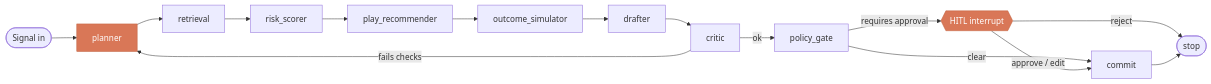
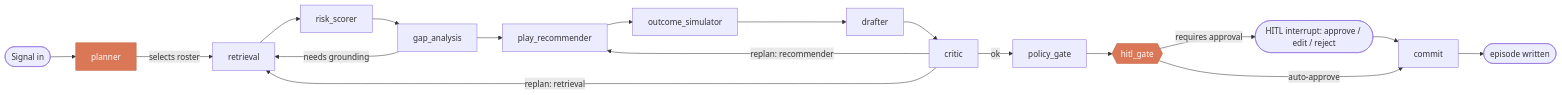
Before and after one commit to rnihesh/xlventures-hack: the third of 4 diagrams in ARCHITECTURE.md, drawn with Mermaid. The commit also changed other lines of this file and 7 other files, not shown here.

````diff
--- a/ARCHITECTURE.md
+++ b/ARCHITECTURE.md
@@ -96,19 +98,22 @@
 ```mermaid
 flowchart LR
   ST(["Signal in"]) --> PLAN["planner"]
-  PLAN --> RET["retrieval"]
+  PLAN -->|selects roster| RET["retrieval"]
   RET --> RISK["risk_scorer"]
-  RISK --> REC["play_recommender"]
+  RISK --> GAP["gap_analysis"]
+  GAP -->|needs grounding| RET
+  GAP --> REC["play_recommender"]
   REC --> SIM["outcome_simulator"]
   SIM --> DRAFT["drafter"]
   DRAFT --> CRIT["critic"]
-  CRIT -->|fails checks| PLAN
+  CRIT -->|replan: retrieval| RET
+  CRIT -->|replan: recommender| REC
   CRIT -->|ok| POL["policy_gate"]
-  POL -->|requires approval| HITL{{"HITL interrupt"}}
-  POL -->|clear| COMMIT["commit"]
-  HITL -->|approve / edit| COMMIT
-  HITL -->|reject| STOP(["stop"])
-  COMMIT --> STOP
+  POL --> HITL{{"hitl_gate"}}
+  HITL -->|requires approval| WAIT(["HITL interrupt: approve / edit / reject"])
+  HITL -->|auto-approve| COMMIT["commit"]
+  WAIT --> COMMIT
+  COMMIT --> STOP(["episode written"])
   classDef accent fill:#D97757,stroke:#C2613F,color:#ffffff
   class PLAN,HITL accent
 ```
````
